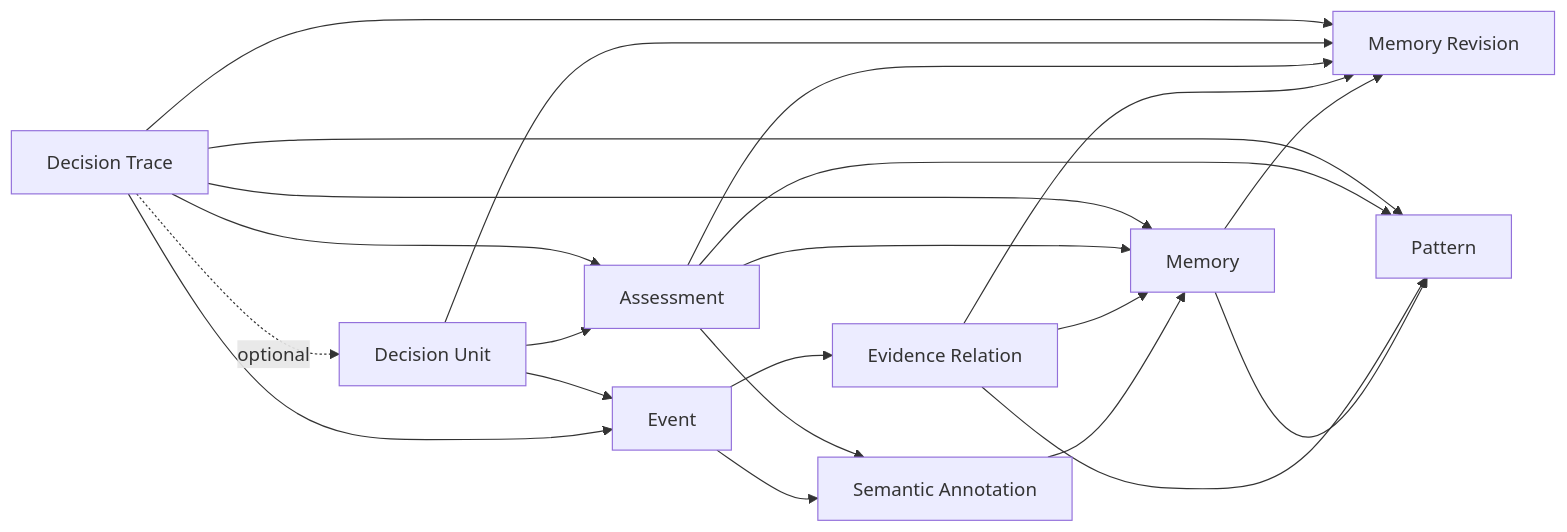
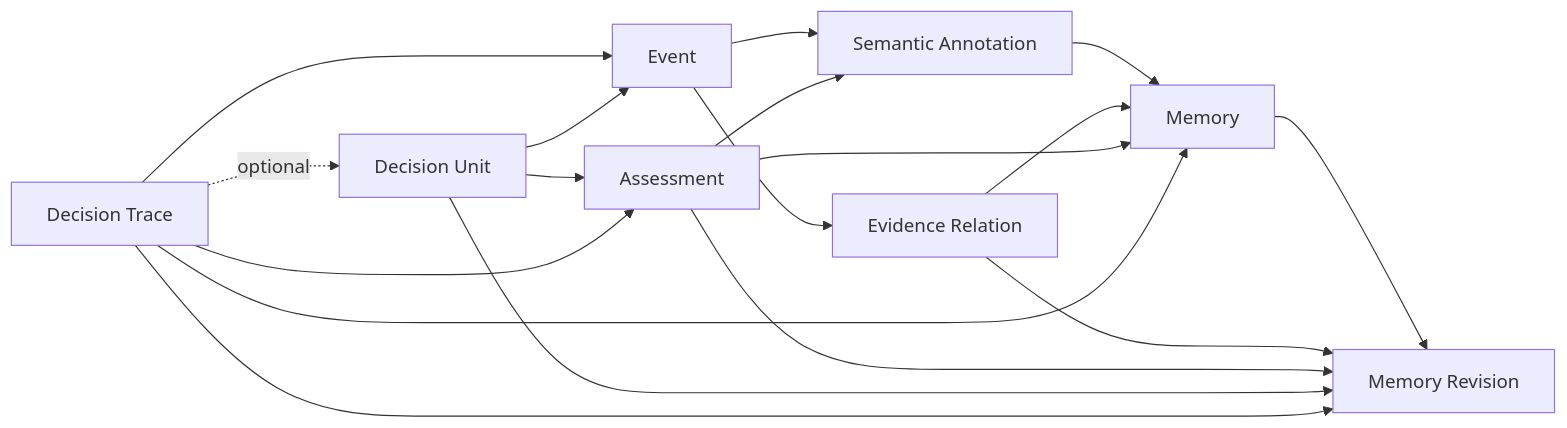
The diagram in ai-memory-semantic-model-design.md (hwyn/fm), drawn with Mermaid before and after one commit. The commit also changed other lines of this file and 4 other files, not shown here.

Commit message:
memory architecture 简化

````diff
--- a/ai-memory-semantic-model-design.md
+++ b/ai-memory-semantic-model-design.md
@@ -185,24 +173,20 @@
 ```mermaid
 flowchart LR
     E[Event] --> SA[Semantic Annotation]
     E --> ER[Evidence Relation]
     SA --> M[Memory]
     M --> MR[Memory Revision]
-    M --> P[Pattern]
     ER --> M
     ER --> MR
-    ER --> P
     A[Assessment] --> SA
     A --> M
     A --> MR
-    A --> P
     D[Decision Trace] --> E
     D -. optional .-> DU[Decision Unit]
     DU --> E
     DU --> MR
     DU --> A
     D --> M
     D --> MR
-    D --> P
     D --> A
 ```
````
